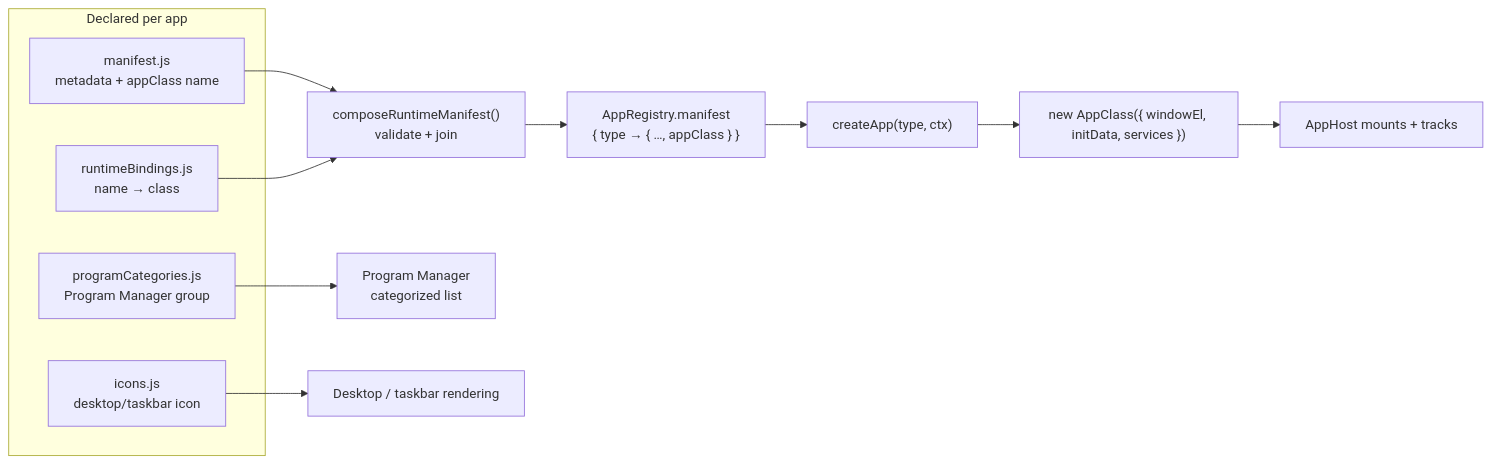
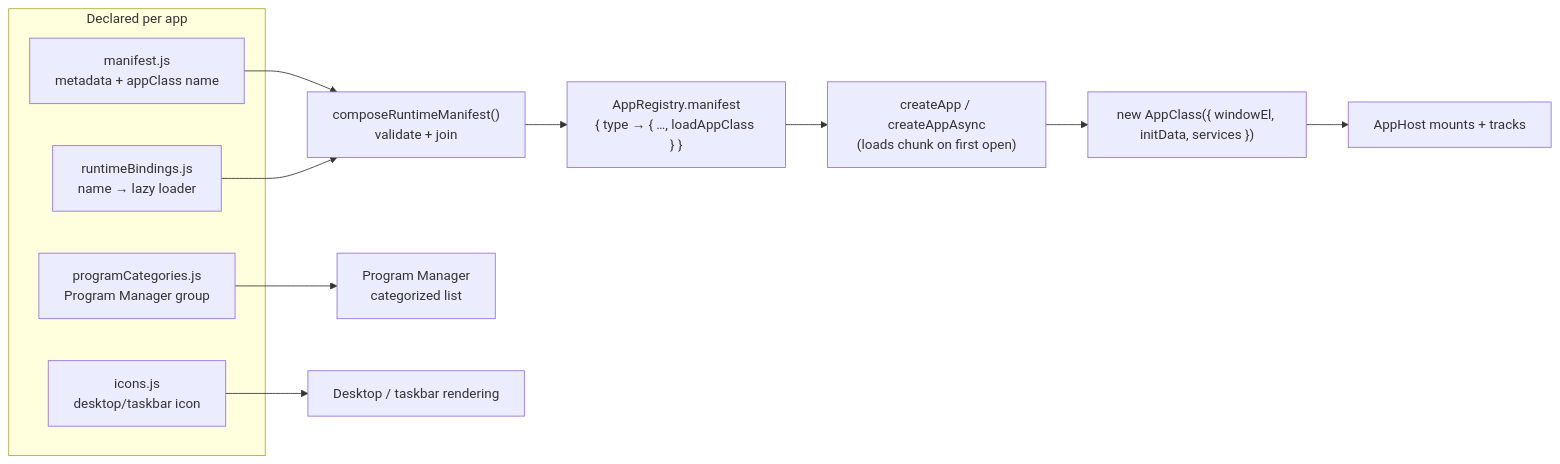
Before and after one commit to seanwevans/Oriel: the third of 4 diagrams in docs/ARCHITECTURE.md, drawn with Mermaid. The commit also changed other lines of this file and 16 other files, not shown here.

First line of the commit message:
Cut first load from 12 MB to 1.6 MB

````diff
--- a/docs/ARCHITECTURE.md
+++ b/docs/ARCHITECTURE.md
@@ -103,19 +109,19 @@
 ```mermaid
 flowchart LR
   subgraph declare["Declared per app"]
     m["manifest.js<br/>metadata + appClass name"]
-    b["runtimeBindings.js<br/>name → class"]
+    b["runtimeBindings.js<br/>name → lazy loader"]
     c["programCategories.js<br/>Program Manager group"]
     i["icons.js<br/>desktop/taskbar icon"]
   end
 
   m --> compose["composeRuntimeManifest()<br/>validate + join"]
   b --> compose
-  compose --> registry["AppRegistry.manifest<br/>{ type → { …, appClass } }"]
-  registry --> create["createApp(type, ctx)"]
+  compose --> registry["AppRegistry.manifest<br/>{ type → { …, loadAppClass } }"]
+  registry --> create["createApp / createAppAsync<br/>(loads chunk on first open)"]
   create --> instance["new AppClass({ windowEl, initData, services })"]
   instance --> host["AppHost mounts + tracks"]
 
   c --> progman["Program Manager<br/>categorized list"]
   i --> desktop["Desktop / taskbar rendering"]
 ```
````
